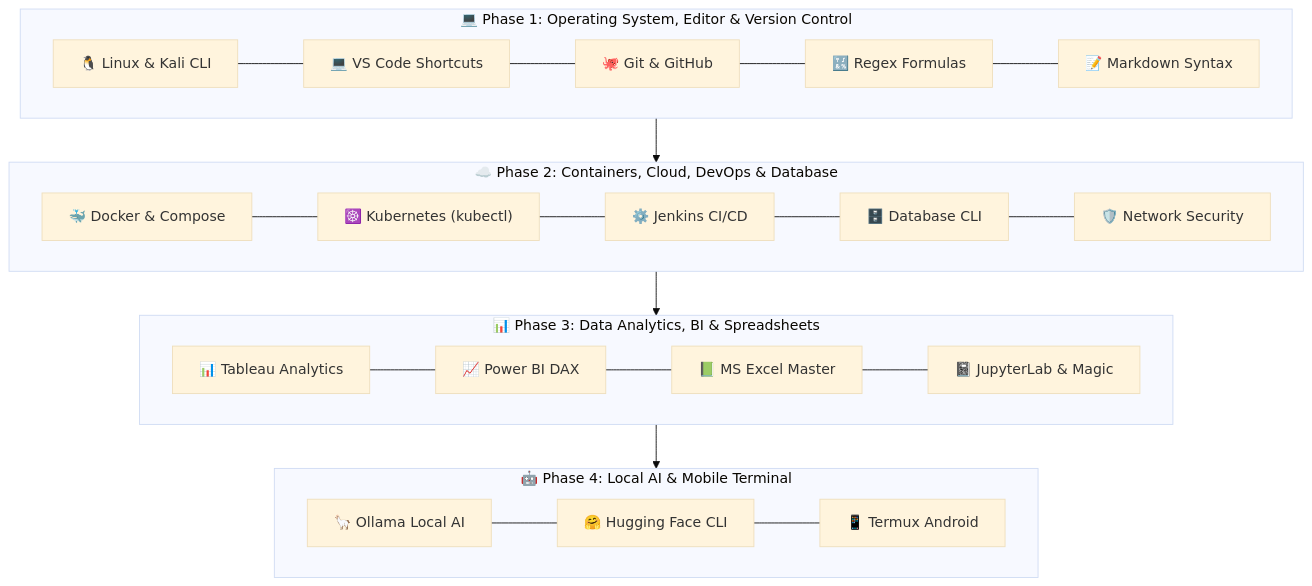
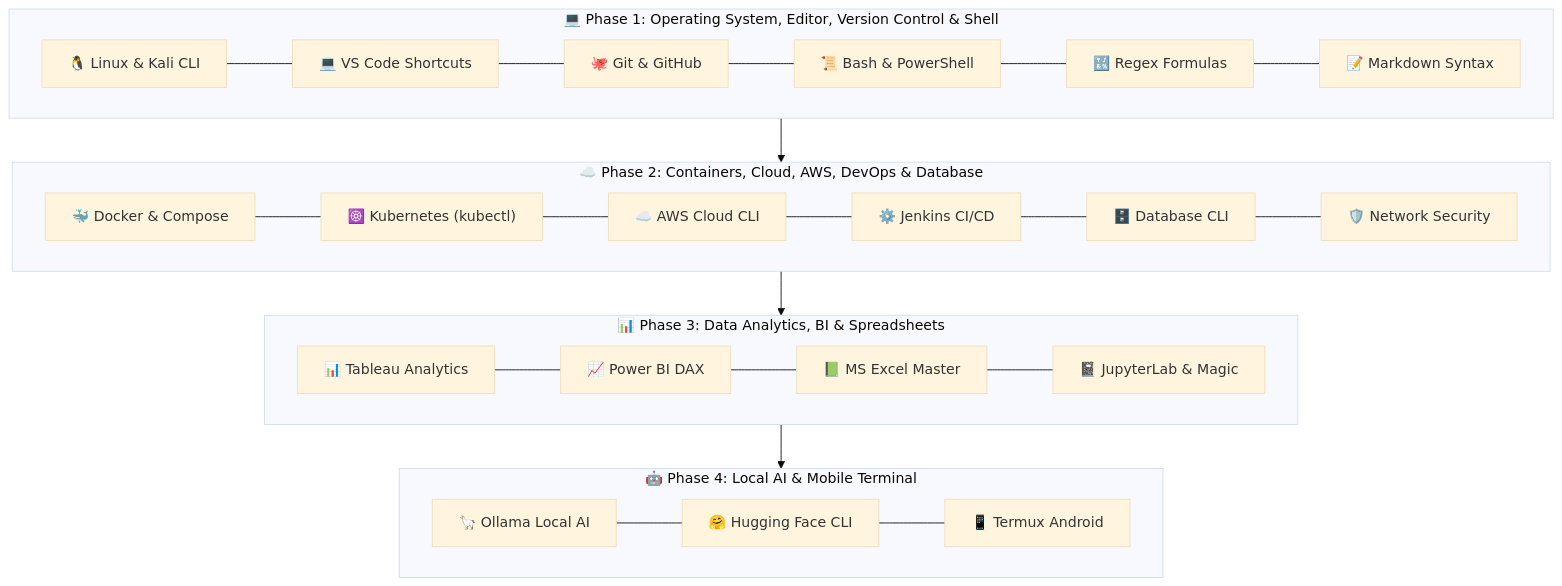
The diagram in README.md (techindro/Penetration-testing-toolkit), drawn with Mermaid (base theme) before and after one commit. The commit also changed other lines of this file and 2 other files, not shown here.

Commit message:
feat: expand BugFix FM to 19 Master Shortcut Modules including AWS Cloud CLI and Bash/PowerShell Scripting

````diff
--- a/README.md
+++ b/README.md
@@ -33,20 +33,20 @@
 ```mermaid
 graph TD
-    subgraph Phase1["💻 Phase 1: Operating System, Editor & Version Control"]
-        A1["🐧 Linux & Kali CLI"] --- A2["💻 VS Code Shortcuts"] --- A3["🐙 Git & GitHub"] --- A4["🔣 Regex Formulas"] --- A5["📝 Markdown Syntax"]
+    subgraph Phase1["💻 Phase 1: Operating System, Editor, Version Control & Shell"]
+        A1["🐧 Linux & Kali CLI"] --- A2["💻 VS Code Shortcuts"] --- A3["🐙 Git & GitHub"] --- A4["📜 Bash & PowerShell"] --- A5["🔣 Regex Formulas"] --- A6["📝 Markdown Syntax"]
     end
 
-    subgraph Phase2["☁️ Phase 2: Containers, Cloud, DevOps & Database"]
-        B1["🐳 Docker & Compose"] --- B2["☸️ Kubernetes (kubectl)"] --- B3["⚙️ Jenkins CI/CD"] --- B4["🗄️ Database CLI"] --- B5["🛡️ Network Security"]
+    subgraph Phase2["☁️ Phase 2: Containers, Cloud, AWS, DevOps & Database"]
+        B1["🐳 Docker & Compose"] --- B2["☸️ Kubernetes (kubectl)"] --- B3["☁️ AWS Cloud CLI"] --- B4["⚙️ Jenkins CI/CD"] --- B5["🗄️ Database CLI"] --- B6["🛡️ Network Security"]
     end
 
     subgraph Phase3["📊 Phase 3: Data Analytics, BI & Spreadsheets"]
         C1["📊 Tableau Analytics"] --- C2["📈 Power BI DAX"] --- C3["📗 MS Excel Master"] --- C4["📓 JupyterLab & Magic"]
     end
 
     subgraph Phase4["🤖 Phase 4: Local AI & Mobile Terminal"]
         D1["🦙 Ollama Local AI"] --- D2["🤗 Hugging Face CLI"] --- D3["📱 Termux Android"]
     end
 
     Phase1 --> Phase2 --> Phase3 --> Phase4
 ```
````
